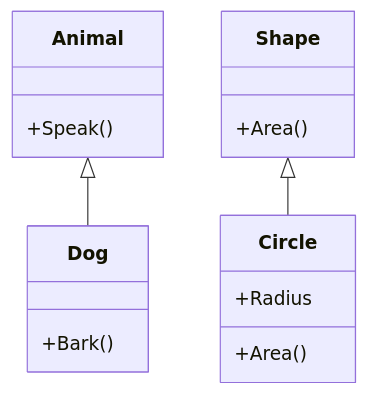
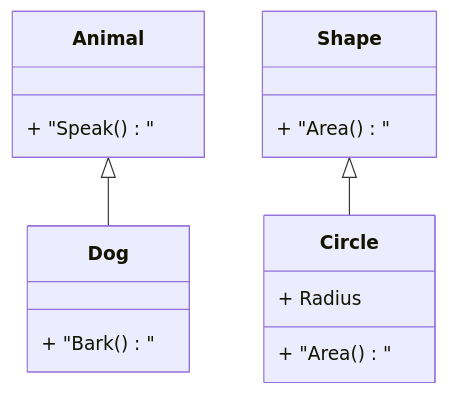
One commit to 42jerrykim/42jerrykim.github.io changed the fifth of 17 diagrams in content/post/2024/2024-10-16-csharp-object-oriented/index.md. Above: the diagram before and after it, drawn with Mermaid. The commit also changed other lines of this file and 239 other files, not shown here.

````diff
--- a/content/post/2024/2024-10-16-csharp-object-oriented/index.md
+++ b/content/post/2024/2024-10-16-csharp-object-oriented/index.md
@@ -669,18 +553,18 @@
 ```mermaid
 classDiagram
     class Animal {
-        +Speak()
+        + "Speak()"
     }
     class Dog {
-        +Bark()
+        + "Bark()"
     }
     class Shape {
-        +Area()
+        + "Area()"
     }
     class Circle {
-        +Radius
-        +Area()
+        + Radius
+        + "Area()"
     }
     Animal <|-- Dog
     Shape <|-- Circle
 ```
````
